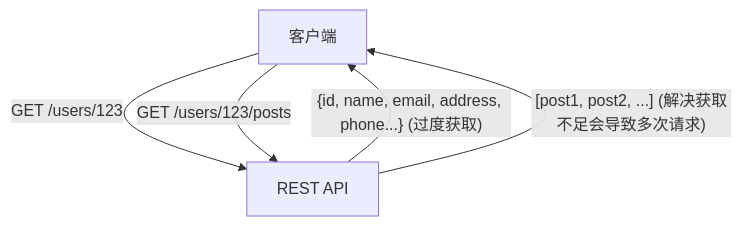
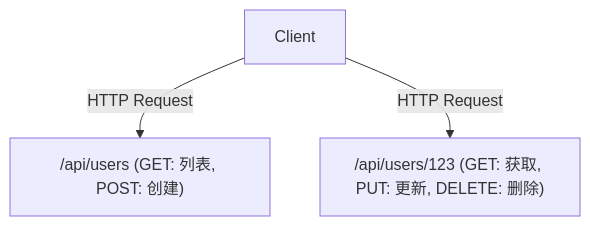
The diagram in content/post/graphql-vs-rest-api-design/index.zh-cn.md (kenjinote/blog), drawn with Mermaid before and after one commit. The commit also changed other lines of this file and 69 other files, not shown here.

````diff
--- a/content/post/graphql-vs-rest-api-design/index.zh-cn.md
+++ b/content/post/graphql-vs-rest-api-design/index.zh-cn.md
@@ -47,7 +22,8 @@
 ```mermaid
-graph TD
-    A["客户端"] -- "GET /users/123" --> B["REST API"]
-    B -- "{id, name, email, address, phone...} (过度获取)" --> A
-    A -- "GET /users/123/posts" --> B
-    B -- "[post1, post2, ...] (解决获取不足会导致多次请求)" --> A
+flowchart TD
+    Client["Client"]
+    Users["/api/users (GET: 列表, POST: 创建)"]
+    UserItem["/api/users/123 (GET: 获取, PUT: 更新, DELETE: 删除)"]
+    Client -- "HTTP Request" --> Users
+    Client -- "HTTP Request" --> UserItem
 ```
````
